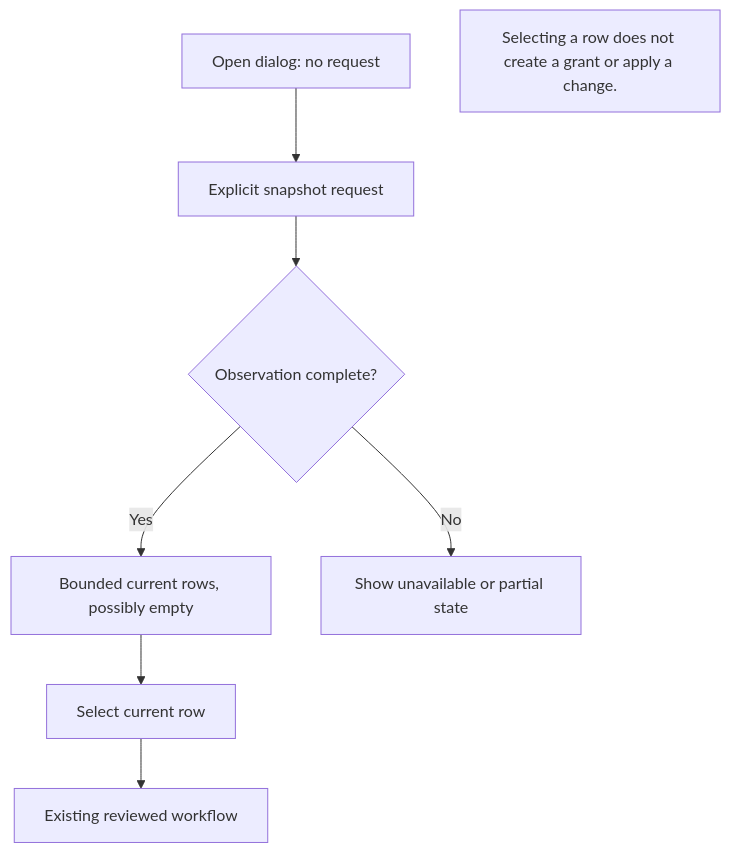
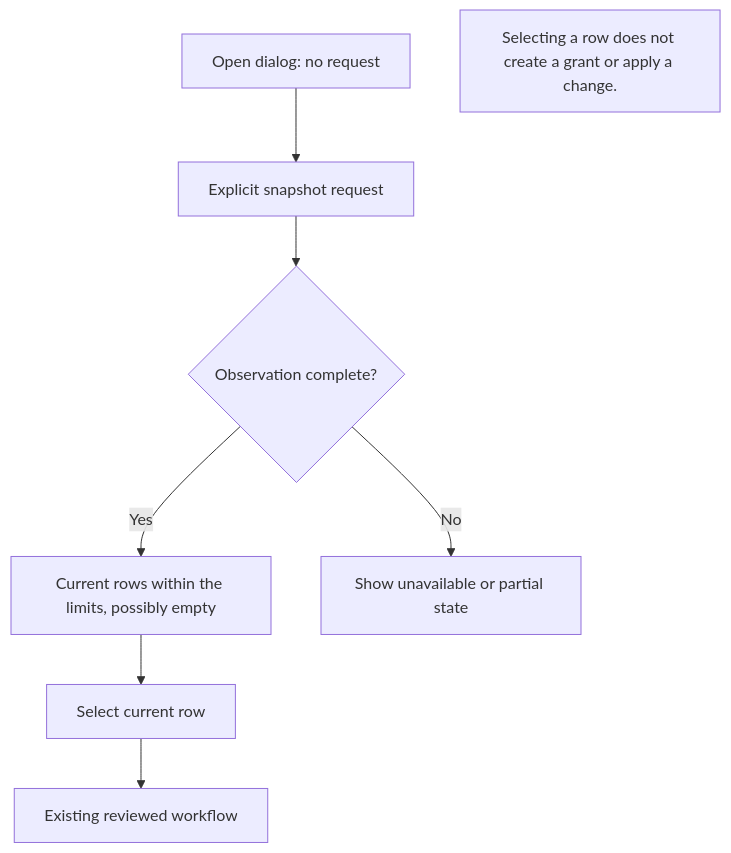
Before and after one commit to webkaz-labs/sobalink: the diagram in web/src/catalog/INTEGRATION.md, drawn with Mermaid. The commit also changed other lines of this file and 111 other files, not shown here.

````diff
--- a/web/src/catalog/INTEGRATION.md
+++ b/web/src/catalog/INTEGRATION.md
@@ -7,13 +7,13 @@
 ```mermaid
 flowchart TD
  accTitle: Observation first, operation elsewhere
  accDescr: Selecting a row does not create a grant or apply a change.
  A["Open dialog: no request"] --> B["Explicit snapshot request"]
  B --> C{"Observation complete?"}
- C -->|Yes| D["Bounded current rows, possibly empty"]
+ C -->|Yes| D["Current rows within the limits, possibly empty"]
  C -->|No| E["Show unavailable or partial state"]
  D --> F["Select current row"]
  F --> G["Existing reviewed workflow"]
 
  LIMIT["Selecting a row does not create a grant or apply a change."]
 ```
````
